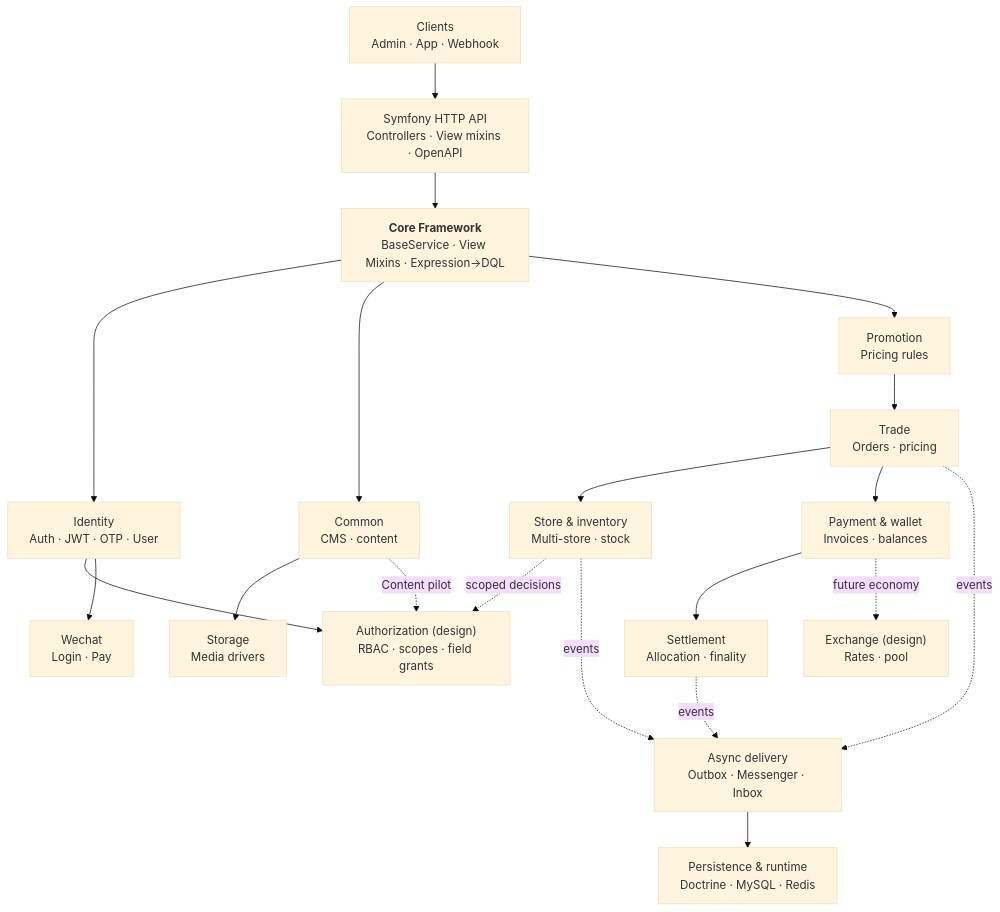
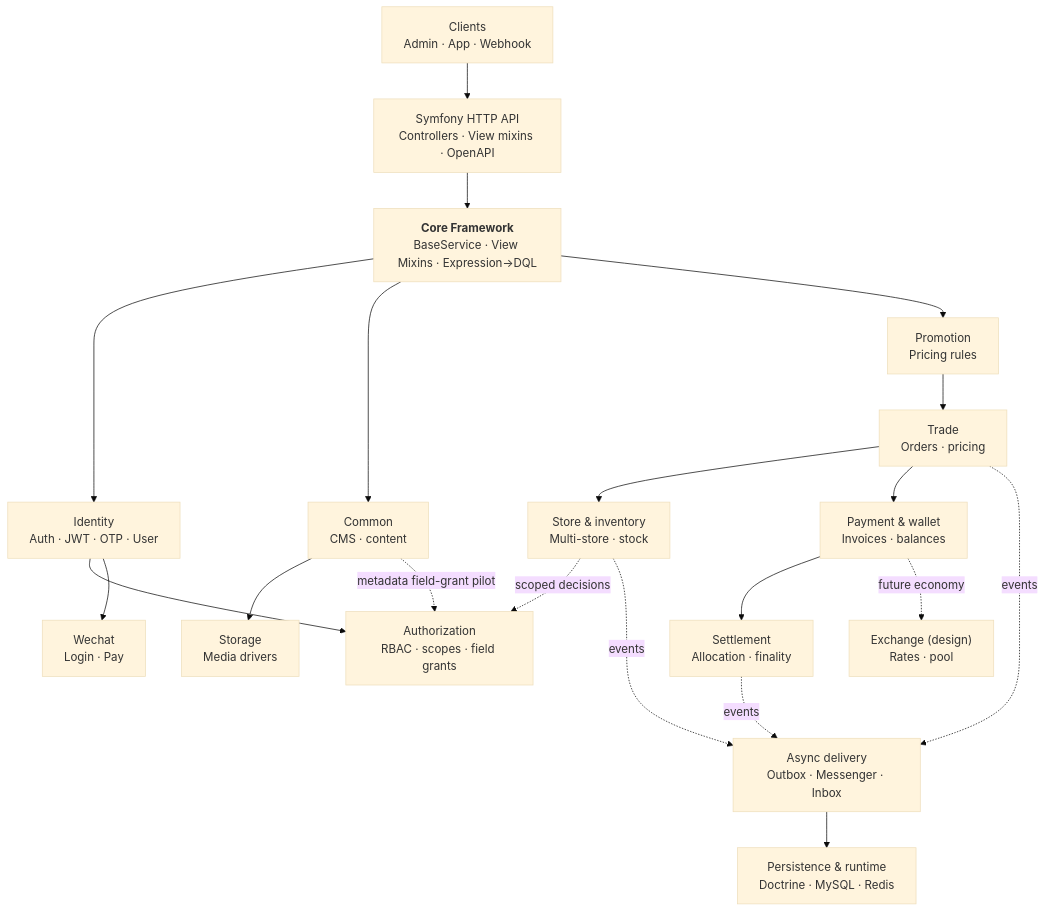
One commit to dream-studio-china/edc-online-membership changed the first of 3 diagrams in README.md. Above: the diagram before and after it, drawn with Mermaid (base theme). The commit also changed other lines of this file and 23 other files, not shown here.

First line of the commit message:
feat(authorization): harden assignment uniqueness, mixin lifecycle, drop Content storeUuid and sync docs

````diff
--- a/README.md
+++ b/README.md
@@ -13,38 +13,38 @@
 ```mermaid
 flowchart TB
     Client["Clients<br/>Admin · App · Webhook"]
     Api["Symfony HTTP API<br/>Controllers · View mixins · OpenAPI"]
     Core["<b>Core Framework</b><br/>BaseService · View Mixins · Expression→DQL"]
 
     Identity["Identity<br/>Auth · JWT · OTP · User"]
-    Authorization["Authorization (design)<br/>RBAC · scopes · field grants"]
+    Authorization["Authorization<br/>RBAC · scopes · field grants"]
     Common["Common<br/>CMS · content"]
     Storage["Storage<br/>Media drivers"]
     Promotion["Promotion<br/>Pricing rules"]
     Trade["Trade<br/>Orders · pricing"]
     Fulfilment["Store & inventory<br/>Multi-store · stock"]
     Payments["Payment & wallet<br/>Invoices · balances"]
     Wechat["Wechat<br/>Login · Pay"]
     Settlement["Settlement<br/>Allocation · finality"]
     Exchange["Exchange (design)<br/>Rates · pool"]
     Messaging["Async delivery<br/>Outbox · Messenger · Inbox"]
     Persistence["Persistence & runtime<br/>Doctrine · MySQL · Redis"]
 
     Client --> Api --> Core
     Core --> Identity
     Core --> Common
     Core --> Promotion
     Identity --> Authorization
     Identity --> Wechat
     Common --> Storage
-    Common -. "Content pilot" .-> Authorization
+    Common -. "metadata field-grant pilot" .-> Authorization
     Promotion --> Trade
     Trade --> Fulfilment
     Trade --> Payments --> Settlement
     Fulfilment -. "scoped decisions" .-> Authorization
     Payments -. "future economy" .-> Exchange
     Trade -. events .-> Messaging
     Fulfilment -. events .-> Messaging
     Settlement -. events .-> Messaging
     Messaging --> Persistence
 ```
````
